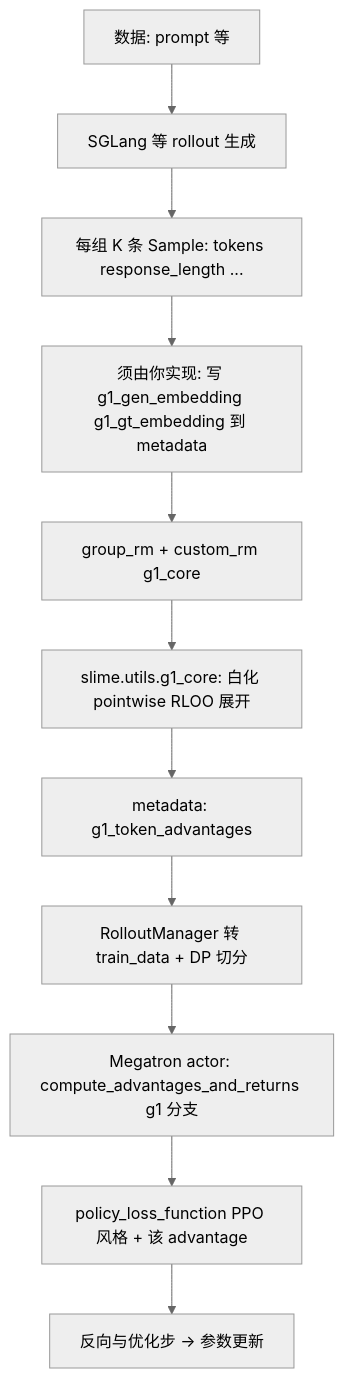
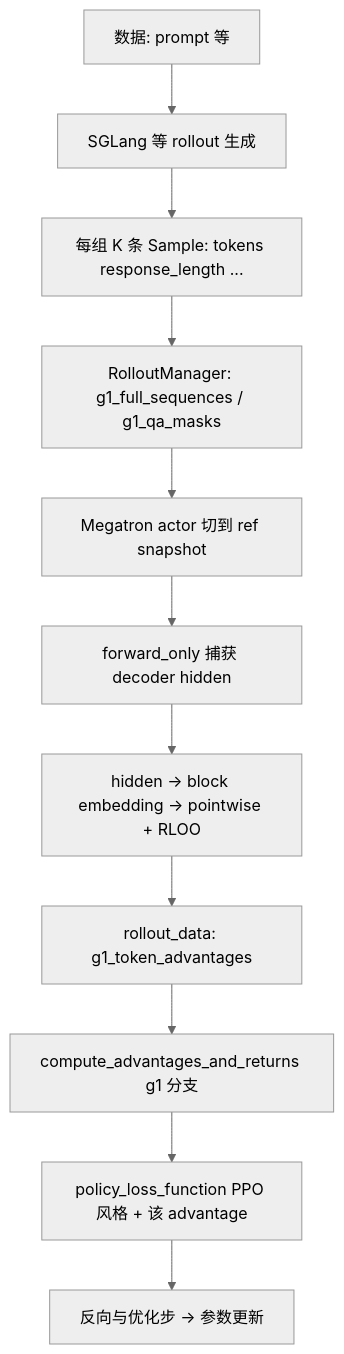
The second of 3 diagrams in refactor_debugging/g1_plan/g1_flow_prompt_to_update.md (markrivera683/Slime-based-Distribution-Match), drawn with Mermaid (neutral theme) before and after one commit. The commit also changed other lines of this file and 63 other files, not shown here.

Commit message:
feat: refactor the inloop smoke test from 1. SGLang to rollout. 2. Megatron frozen ref to get embedding and alignment and diversity. 3. Megarton actor to calc log_probs and go into EBFT RL+CE Loss

````diff
--- a/refactor_debugging/g1_plan/g1_flow_prompt_to_update.md
+++ b/refactor_debugging/g1_plan/g1_flow_prompt_to_update.md
@@ -78,13 +78,13 @@
 ```mermaid
 flowchart TD
     A[数据: prompt 等] --> B[SGLang 等 rollout 生成]
     B --> C[每组 K 条 Sample: tokens response_length ...]
-    C --> D[须由你实现: 写 g1_gen_embedding g1_gt_embedding 到 metadata]
-    D --> E[group_rm + custom_rm g1_core]
-    E --> F[slime.utils.g1_core: 白化 pointwise RLOO 展开]
-    F --> G[metadata: g1_token_advantages]
-    G --> H[RolloutManager 转 train_data + DP 切分]
-    H --> I[Megatron actor: compute_advantages_and_returns g1 分支]
+    C --> D[RolloutManager: g1_full_sequences / g1_qa_masks]
+    D --> E[Megatron actor 切到 ref snapshot]
+    E --> F[forward_only 捕获 decoder hidden]
+    F --> G[hidden -> block embedding -> pointwise + RLOO]
+    G --> H[rollout_data: g1_token_advantages]
+    H --> I[compute_advantages_and_returns g1 分支]
     I --> J[policy_loss_function PPO 风格 + 该 advantage]
     J --> K[反向与优化步 → 参数更新]
 ```
````
